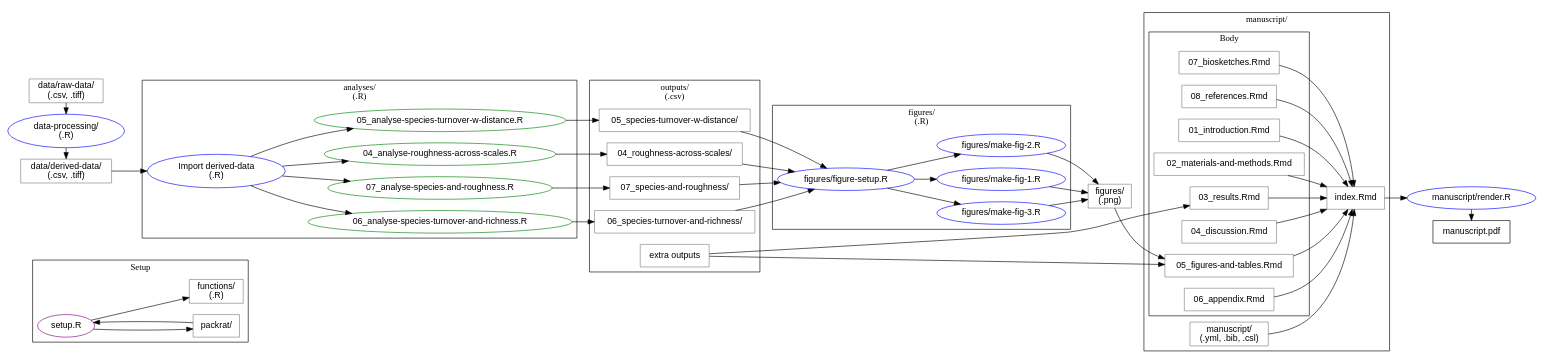
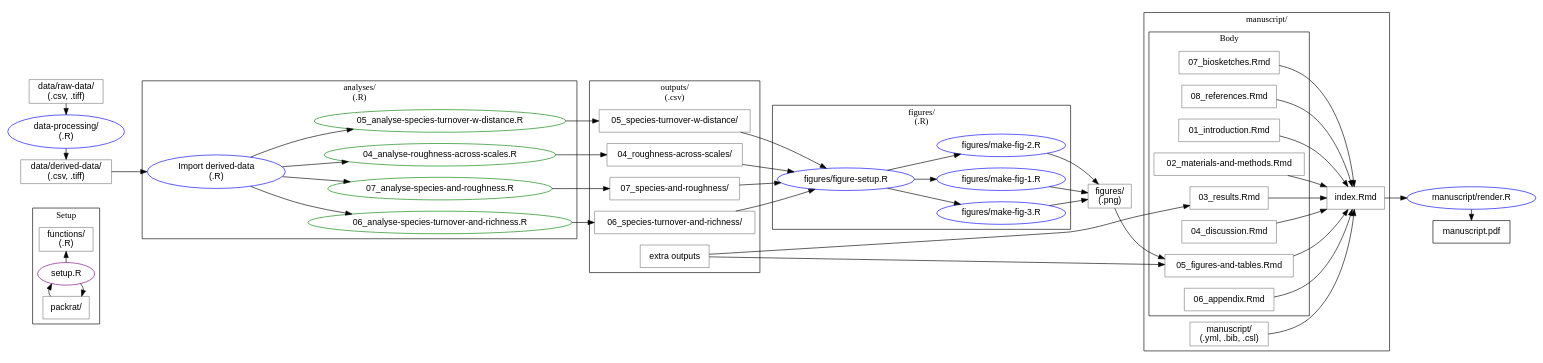
The diagram in docs/repo-structure-detailed.gv (rvanmazijk/Cape-vs-SWA), drawn with Graphviz before and after one commit. The commit also changed 4 other files, not shown here.

Commit message:
Update README and repo-structure diagram

```diff
--- a/docs/repo-structure-detailed.gv
+++ b/docs/repo-structure-detailed.gv
@@ -1,119 +1,114 @@
 digraph {
 
   // Define nodes --------------------------------------------------------------
   node [fontname="Helvetica"]
 
   // "Setup nodes"
   subgraph cluster_setup {
     label="Setup"
     node [shape=oval, color=purple]
     setup [label="setup.R"]
     node [shape=box, color=grey]
     packrat   [label="packrat/"]
     functions [label="functions/\n(.R)"]
+    {
+      rank=same
+      setup, packrat, functions
+    }
   }
 
   // "Action" nodes
   node [shape=oval, color=blue]
   data_processing [label="data-processing/\n(.R)"]
   subgraph cluster_analyses {
     label="analyses/\n(.R)"
     import_derived_data [label="Import derived-data\n(.R)"]
     node [color=green]
     analyse_rough [label="04_analyse-roughness-across-scales.R"]
     analyse_tdist [label="05_analyse-species-turnover-w-distance.R"]
     analyse_trich [label="06_analyse-species-turnover-and-richness.R"]
     analyse_rrich [label="07_analyse-species-and-roughness.R"]
   }
   subgraph cluster_figures {
     label="figures/\n(.R)"
     figure_setup [label="figures/figure-setup.R"]
     make_fig1    [label="figures/make-fig-1.R"]
     make_fig2    [label="figures/make-fig-2.R"]
     make_fig3    [label="figures/make-fig-3.R"]
     //make_maps [label="figures/make-maps.R"]
   }
   render [label="manuscript/render.R"]
 
   // "Data" nodes
   node [shape=box, color=grey]
   raw_data     [label="data/raw-data/\n(.csv, .tiff)"]
   derived_data [label="data/derived-data/\n(.csv, .tiff)"]
   figures      [label="figures/\n(.png)"]
   subgraph cluster_outputs {
     label="outputs/\n(.csv)"
     out_rough [label="04_roughness-across-scales/"]
     out_tdist [label="05_species-turnover-w-distance/"]
     out_trich [label="06_species-turnover-and-richness/"]
     out_rrich [label="07_species-and-roughness/"]
     out_extra [label="extra outputs"]
   }
   subgraph cluster_manuscript {
     label="manuscript/"
     metafiles [label="manuscript/\n(.yml, .bib, .csl)"]
     index     [label="index.Rmd"]
     subgraph cluster_body {
       label="Body"
       intro              [label="01_introduction.Rmd"]
       methods            [label="02_materials-and-methods.Rmd"]
       results            [label="03_results.Rmd"]
       discussion         [label="04_discussion.Rmd"]
       figures_and_tables [label="05_figures-and-tables.Rmd"]
       appendix           [label="06_appendix.Rmd"]
       bios               [label="07_biosketches.Rmd"]
       refs               [label="08_references.Rmd"]
     }
   }
 
   // Final manuscript node
   node [shape=box, color=black]
   final [label="manuscript.pdf"]
 
   // Define edges --------------------------------------------------------------
 
-  packrat -> setup
-  setup -> packrat
-  setup -> functions
+  setup -> packrat -> setup -> functions
 
-  raw_data ->
-    data_processing ->
-    derived_data ->
-    import_derived_data ->
+  raw_data -> data_processing -> derived_data -> import_derived_data ->
     {analyse_rough, analyse_tdist, analyse_trich, analyse_rrich}
 
   analyse_rough -> out_rough
   analyse_tdist -> out_tdist
   analyse_trich -> out_trich
   analyse_rrich -> out_rrich
 
   {out_rough, out_tdist, out_trich, out_rrich} -> figure_setup
   //import_derived_data -> make_maps
 
-  figure_setup ->
-    {make_fig1, make_fig2, make_fig3} ->
-    figures
+  figure_setup -> {make_fig1, make_fig2, make_fig3} -> figures
 
   out_extra -> {results, figures_and_tables}
   figures -> figures_and_tables
 
   {metafiles,
    intro, methods, results, discussion,
    figures_and_tables, appendix, bios, refs} -> index
 
-  index ->
-    render ->
-    final
+  index -> render -> final
 
   // Arrange nodes -------------------------------------------------------------
+  rankdir=LR
 
-  rankdir=LR
   {
     rank=same
     raw_data, data_processing, derived_data
   }
   {
     rank=same
     render, final
   }
 
 }
```
